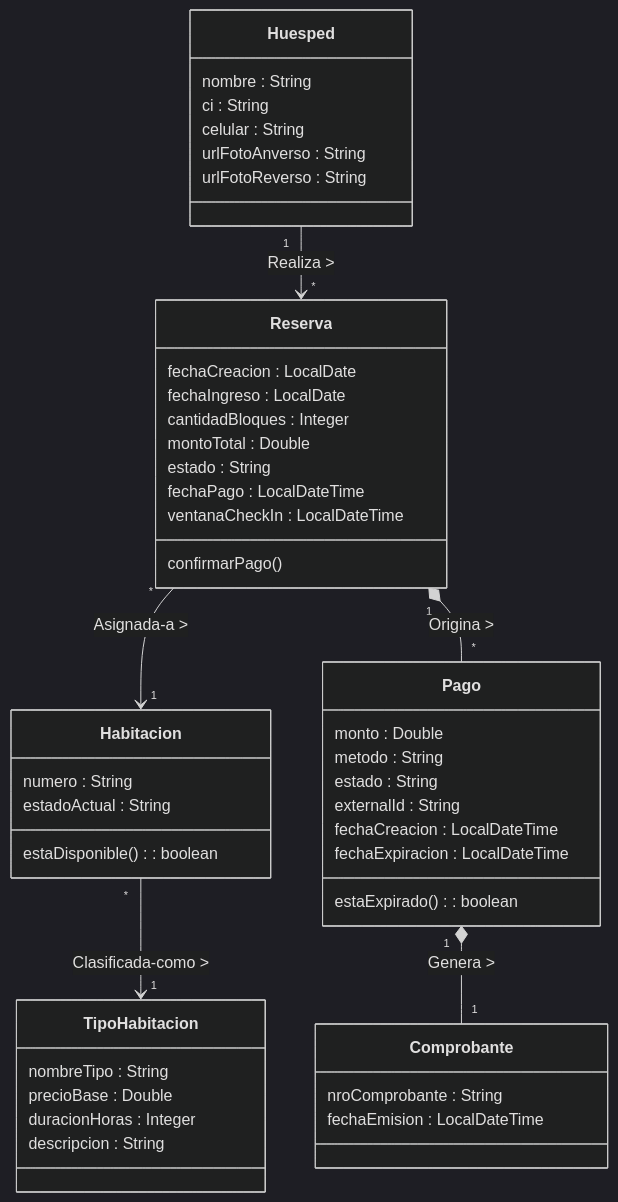
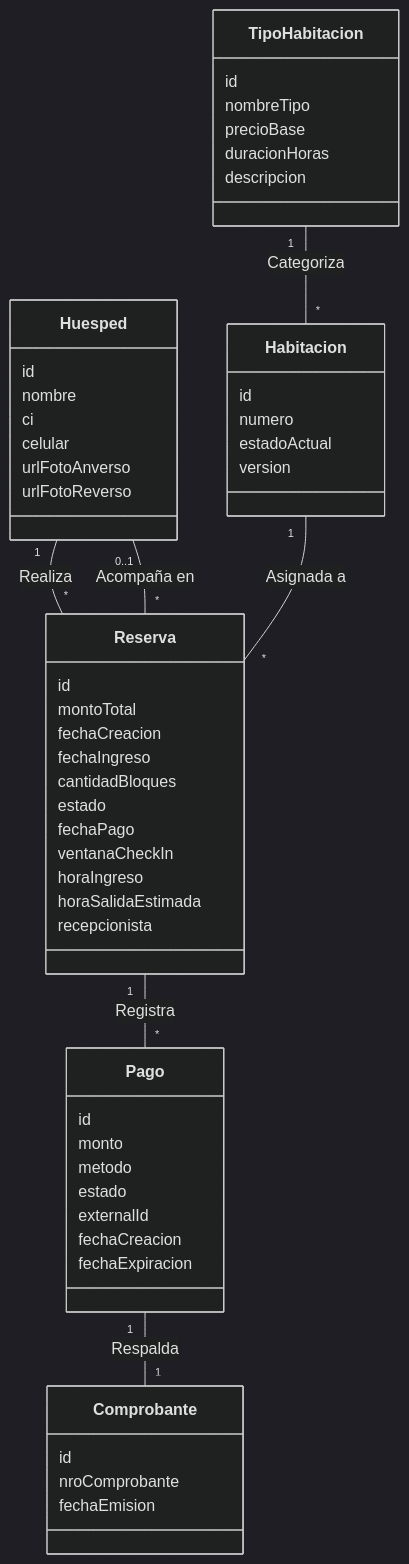
The diagram in 01_Modelado_Negocio/ModeloDominio.mmd (Tsmrain/GestionSistemas), drawn with Mermaid (dark theme) before and after one commit. The commit also changed 15 other files, not shown here.

```diff
--- a/01_Modelado_Negocio/ModeloDominio.mmd
+++ b/01_Modelado_Negocio/ModeloDominio.mmd
@@ -1,61 +1,61 @@
 classDiagram
-    direction TB
-
-    %% ── Conceptual Domain Model (Larman Cap. 9) ────────────────────────────────
-    %% Fuente autoritativa: codigo en domain/models/
-    %% Baja Brecha de Representación: cada clase, atributo y relación aquí
-    %% tiene su equivalente exacto en el código Java.
+    class Reserva {
+        id
+        montoTotal
+        fechaCreacion
+        fechaIngreso
+        cantidadBloques
+        estado
+        fechaPago
+        ventanaCheckIn
+        horaIngreso
+        horaSalidaEstimada
+        recepcionista
+    }
 
     class Huesped {
-        nombre : String
-        ci : String
-        celular : String
-        urlFotoAnverso : String
-        urlFotoReverso : String
-    }
-
-    class Reserva {
-        fechaCreacion : LocalDate
-        fechaIngreso : LocalDate
-        cantidadBloques : Integer
-        montoTotal : Double
-        estado : String
-        fechaPago : LocalDateTime
-        ventanaCheckIn : LocalDateTime
-        confirmarPago()
+        id
+        nombre
+        ci
+        celular
+        urlFotoAnverso
+        urlFotoReverso
     }
 
     class Habitacion {
-        numero : String
-        estadoActual : String
-        estaDisponible() : boolean
+        id
+        numero
+        estadoActual
+        version
     }
 
     class TipoHabitacion {
-        nombreTipo : String
-        precioBase : Double
-        duracionHoras : Integer
-        descripcion : String
+        id
+        nombreTipo
+        precioBase
+        duracionHoras
+        descripcion
     }
 
     class Pago {
-        monto : Double
-        metodo : String
-        estado : String
-        externalId : String
-        fechaCreacion : LocalDateTime
-        fechaExpiracion : LocalDateTime
-        estaExpirado() : boolean
+        id
+        monto
+        metodo
+        estado
+        externalId
+        fechaCreacion
+        fechaExpiracion
     }
 
     class Comprobante {
-        nroComprobante : String
-        fechaEmision : LocalDateTime
+        id
+        nroComprobante
+        fechaEmision
     }
 
-    %% ── Relaciones ────────────────────────────────────────────────────────────
-    Huesped       "1"  --> "*"  Reserva      : Realiza >
-    Reserva       "*"  --> "1"  Habitacion   : Asignada-a >
-    Habitacion    "*"  --> "1"  TipoHabitacion : Clasificada-como >
-    Reserva       "1"  *--  "*"  Pago         : Origina >
-    Pago          "1"  *--  "1"  Comprobante  : Genera >
+    Huesped "1" -- "*" Reserva : Realiza
+    Huesped "0..1" -- "*" Reserva : Acompaña en
+    Habitacion "1" -- "*" Reserva : Asignada a
+    Reserva "1" -- "*" Pago : Registra
+    TipoHabitacion "1" -- "*" Habitacion : Categoriza
+    Pago "1" -- "1" Comprobante : Respalda
```
